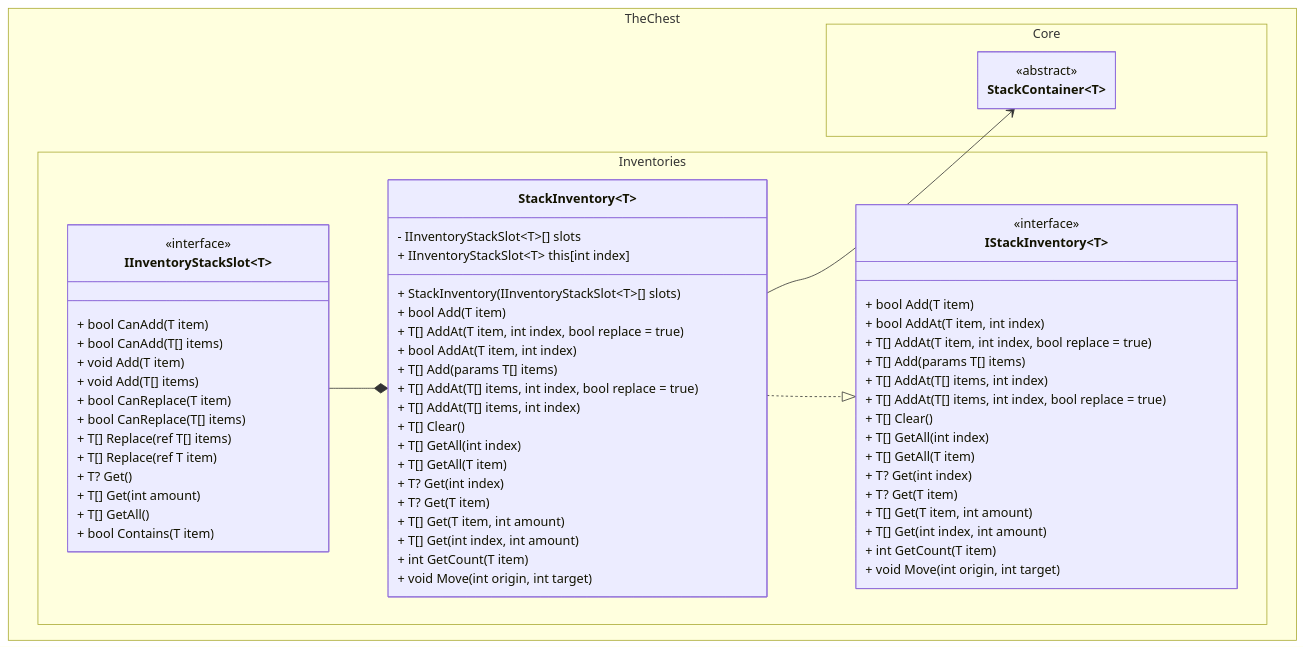
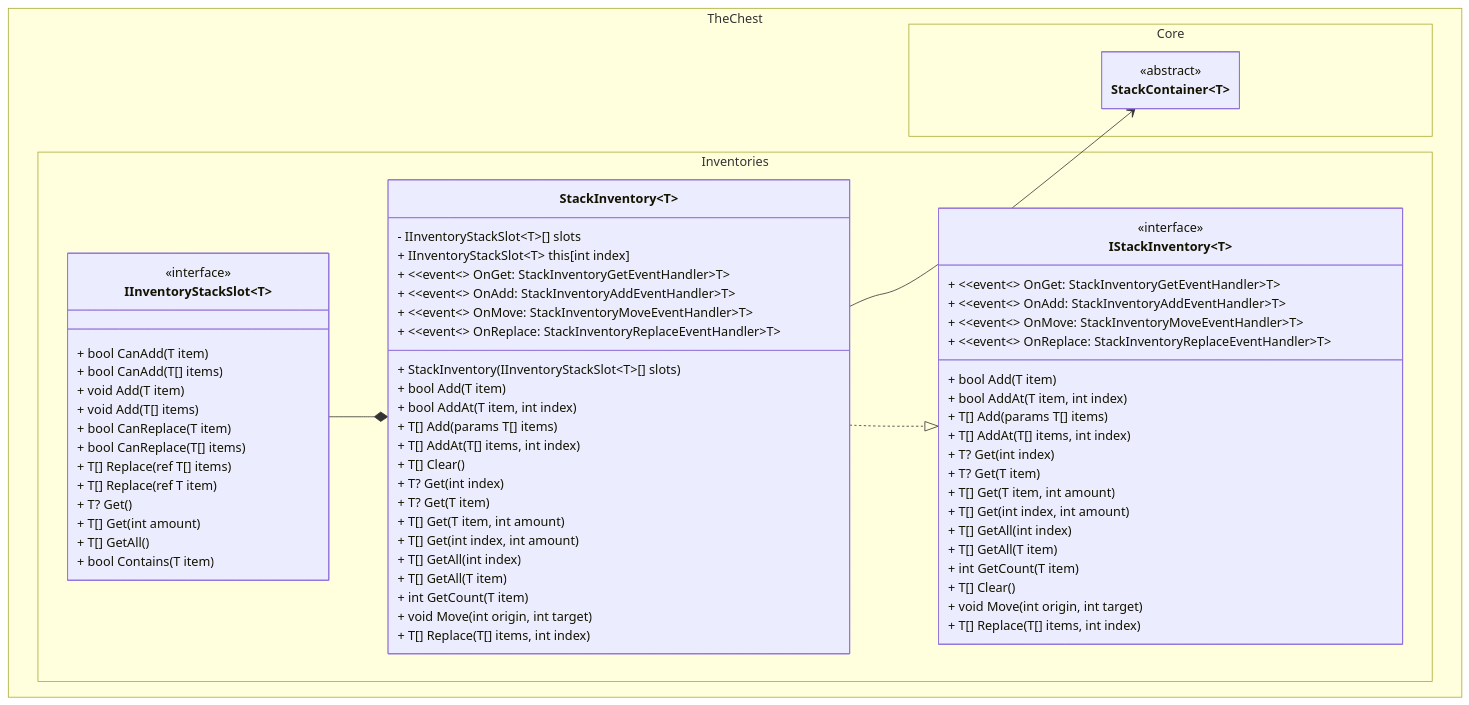
The first of 2 diagrams in docs/stack_inventory/class_diagram.md (The-Chest/TheChest.Inventories), drawn with Mermaid before and after one commit. The commit also changed other lines of this file and 20 other files, not shown here.

````diff
--- a/docs/stack_inventory/class_diagram.md
+++ b/docs/stack_inventory/class_diagram.md
@@ -4,76 +4,82 @@
 ```mermaid
 ---
 config:
   theme: mc
   look: classic
   class:
     hideEmptyMembersBox: true
 ---
 classDiagram
 direction TB
     namespace TheChest.Core{
         class StackContainer~T~ {
         }
     }
     
     namespace TheChest.Inventories{
         class StackInventory~T~ {
             - IInventoryStackSlot~T~[] slots
             + IInventoryStackSlot~T~ this[int index]
             + StackInventory(IInventoryStackSlot~T~[] slots)
+	        + ~~event~~ OnGet: StackInventoryGetEventHandler~T~ 
+	        + ~~event~~ OnAdd: StackInventoryAddEventHandler~T~ 
+	        + ~~event~~ OnMove: StackInventoryMoveEventHandler~T~ 
+	        + ~~event~~ OnReplace: StackInventoryReplaceEventHandler~T~ 
             + bool Add(T item)
-            + T[] AddAt(T item, int index, bool replace = true)
             + bool AddAt(T item, int index)
             + T[] Add(params T[] items)
-            + T[] AddAt(T[] items, int index, bool replace = true)
             + T[] AddAt(T[] items, int index)
             + T[] Clear()
-            + T[] GetAll(int index)
-            + T[] GetAll(T item)
             + T? Get(int index)
             + T? Get(T item)
             + T[] Get(T item, int amount)
             + T[] Get(int index, int amount)
+            + T[] GetAll(int index)
+            + T[] GetAll(T item)
             + int GetCount(T item)
             + void Move(int origin, int target)
+            + T[] Replace(T[] items, int index)
         }    
         class IInventoryStackSlot~T~ {
             + bool CanAdd(T item)
             + bool CanAdd(T[] items)
             + void Add(T item)
             + void Add(T[] items)
             + bool CanReplace(T item)
             + bool CanReplace(T[] items)
             + T[] Replace(ref T[] items)
             + T[] Replace(ref T item)
             + T? Get()
             + T[] Get(int amount)
             + T[] GetAll()
             + bool Contains(T item)
         }
         class IStackInventory~T~ {
+	        + ~~event~~ OnGet: StackInventoryGetEventHandler~T~ 
+	        + ~~event~~ OnAdd: StackInventoryAddEventHandler~T~ 
+	        + ~~event~~ OnMove: StackInventoryMoveEventHandler~T~ 
+	        + ~~event~~ OnReplace: StackInventoryReplaceEventHandler~T~ 
             + bool Add(T item)
             + bool AddAt(T item, int index)
-            + T[] AddAt(T item, int index, bool replace = true)
             + T[] Add(params T[] items)
             + T[] AddAt(T[] items, int index)
-            + T[] AddAt(T[] items, int index, bool replace = true)
-            + T[] Clear()
-            + T[] GetAll(int index)
-            + T[] GetAll(T item)
             + T? Get(int index)
             + T? Get(T item)
             + T[] Get(T item, int amount)
             + T[] Get(int index, int amount)
+            + T[] GetAll(int index)
+            + T[] GetAll(T item)
             + int GetCount(T item)
+            + T[] Clear()
             + void Move(int origin, int target)
+            + T[] Replace(T[] items, int index)
         }
     }
 	<<abstract>> StackContainer
 	<<interface>> IStackInventory
 	<<interface>> IInventoryStackSlot
 
     StackInventory ..|> IStackInventory
     StackInventory --> StackContainer
     IInventoryStackSlot --* StackInventory
 ```
````
